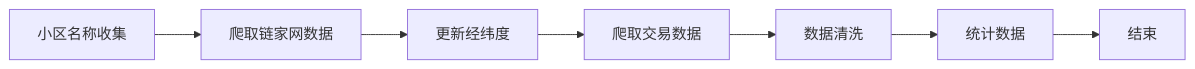
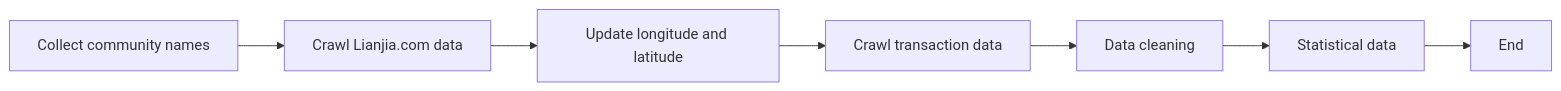
The first of 2 diagrams in README.md (weichow23/Second-hand_housing_transaction), drawn with Mermaid before and after one commit. The commit also changed other lines of this file and 1 other file, not shown here.

````diff
--- a/README.md
+++ b/README.md
@@ -11,10 +11,10 @@
 ```mermaid
 graph LR;
-    A[小区名称收集] --> B[爬取链家网数据]
-    B --> C[更新经纬度]
-    C --> D[爬取交易数据]
-    D --> E[数据清洗]
-    E --> F[统计数据]
-    F --> G[结束]
+    A[Collect community names] --> B[Crawl Lianjia.com data]
+    B --> C[Update longitude and latitude]
+    C --> D[Crawl transaction data]
+    D --> E[Data cleaning]
+    E --> F[Statistical data]
+    F --> G[End]
 
 ```
````
